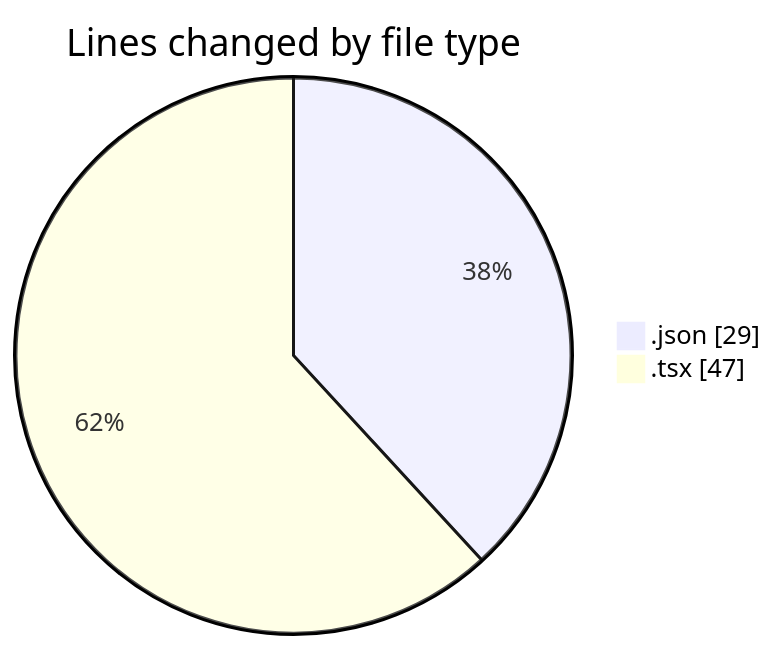
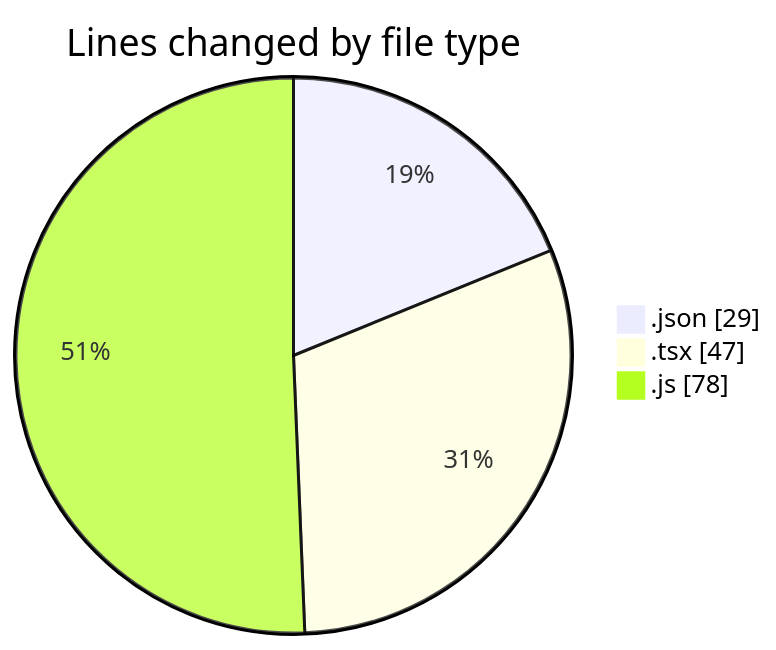
Before and after one commit to robertbonfada/code-tracking: the first of 2 diagrams in 2025-01-07/mbc-web/README.md, drawn with Mermaid. The commit also changed other lines of this file and 1 other file, not shown here.

````diff
--- a/2025-01-07/mbc-web/README.md
+++ b/2025-01-07/mbc-web/README.md
@@ -21,6 +22,7 @@
 ```mermaid
 pie showData
 title Lines changed by file type
 ".json" : 29
 ".tsx" : 47
+".js" : 78
 ```
````
